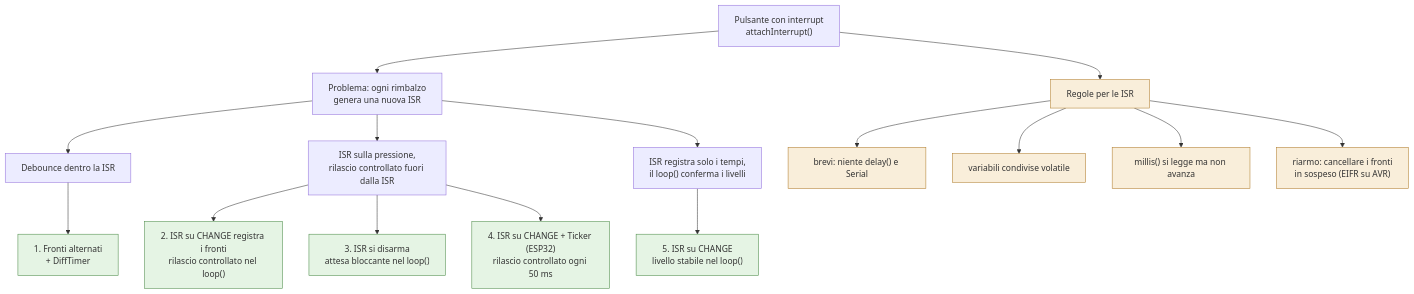
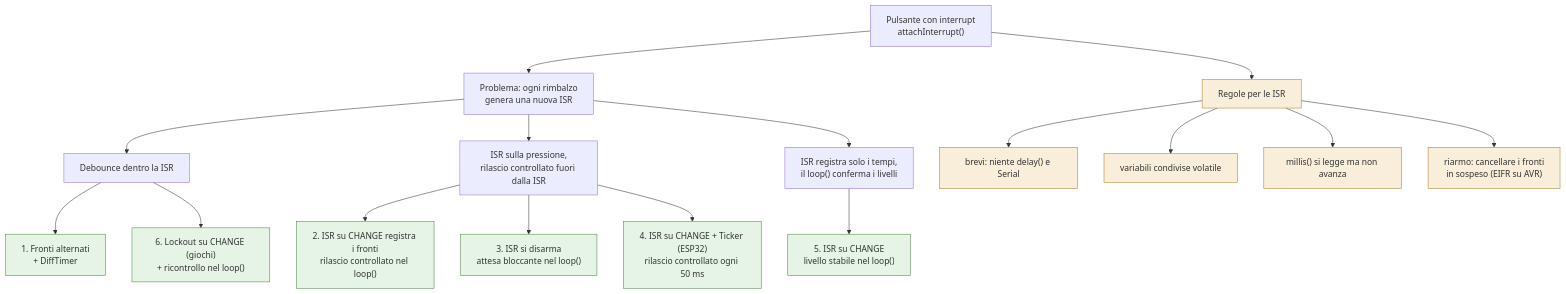
The diagram in pulsanti-interrupt.md (sebastianomelita/ArduinoBareMetal), drawn with Mermaid before and after one commit. The commit also changed other lines of this file and 1 other file, not shown here.

````diff
--- a/pulsanti-interrupt.md
+++ b/pulsanti-interrupt.md
@@ -27,21 +27,22 @@
 ```mermaid
 flowchart TD
     C["Pulsante con interrupt<br/>attachInterrupt()"] --> D["Problema: ogni rimbalzo<br/>genera una nuova ISR"]
     C --> R["Regole per le ISR"]
     D --> G1["Debounce dentro la ISR"]
     D --> L["ISR sulla pressione,<br/>rilascio controllato fuori dalla ISR"]
     G1 --> T1["1. Fronti alternati<br/>+ DiffTimer"]
     L --> T2["2. ISR su CHANGE registra i fronti<br/>rilascio controllato nel loop()"]
     L --> T3["3. ISR si disarma<br/>attesa bloccante nel loop()"]
     L --> T4["4. ISR su CHANGE + Ticker (ESP32)<br/>rilascio controllato ogni 50 ms"]
     D --> S["ISR registra solo i tempi,<br/>il loop() conferma i livelli"]
     S --> T5["5. ISR su CHANGE<br/>livello stabile nel loop()"]
+    G1 --> T6["6. Lockout su CHANGE (giochi)<br/>+ ricontrollo nel loop()"]
     R --> R1["brevi: niente delay() e Serial"]
     R --> R2["variabili condivise volatile"]
     R --> R3["millis() si legge ma non avanza"]
     R --> R4["riarmo: cancellare i fronti<br/>in sospeso (EIFR su AVR)"]
     classDef tecnica fill:#e5f4e4,stroke:#4a8a46
     classDef regola fill:#f9eeda,stroke:#b07d2b
-    class T1,T2,T3,T4,T5 tecnica
+    class T1,T2,T3,T4,T5,T6 tecnica
     class R,R1,R2,R3,R4 regola
 ```
````
